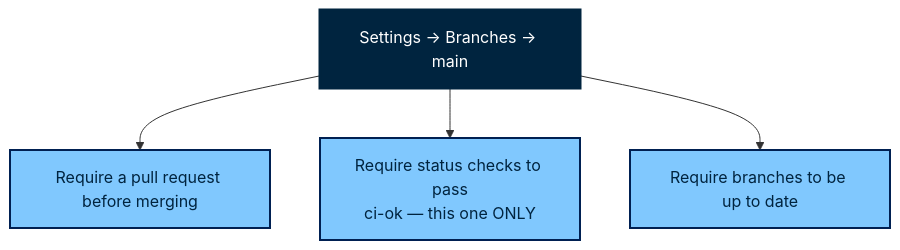
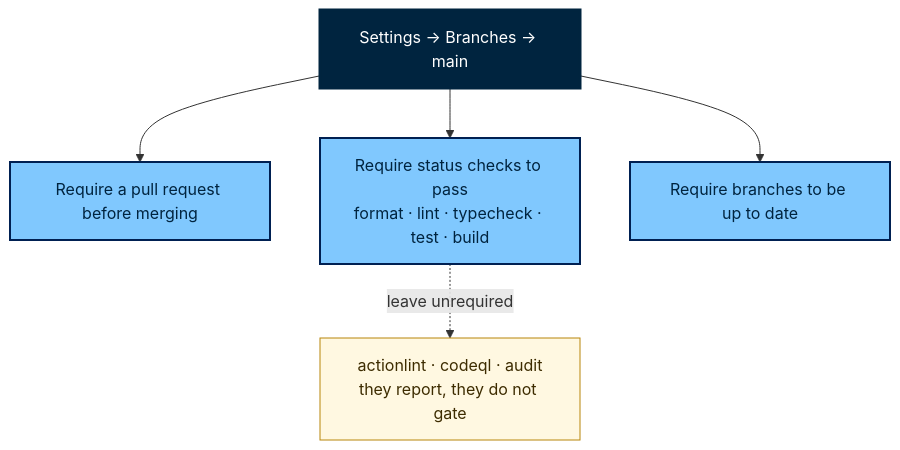
Before and after one commit to acmpsu/acm-website: diagram 11 of 11 in docs/ci-map.md, drawn with Mermaid. The commit also changed other lines of this file and 2 other files, not shown here.

````diff
--- a/docs/ci-map.md
+++ b/docs/ci-map.md
@@ -365,11 +342,14 @@
 ```mermaid
 flowchart TB
     S["Settings → Branches → main"] --> R1["Require a pull request before merging"]
-    S --> R2["Require status checks to pass<br/>ci-ok — this one ONLY"]
+    S --> R2["Require status checks to pass<br/>format · lint · typecheck · test · build"]
     S --> R3["Require branches to be up to date"]
+    R2 -.->|"leave unrequired"| U["actionlint · codeql · audit<br/>they report, they do not gate"]
 
     classDef hdr fill:#00243f,stroke:#00243f,stroke-width:3px,color:#ffffff
     classDef rule fill:#80c8fe,stroke:#002052,stroke-width:2px,color:#00243f
+    classDef note fill:#fff8e1,stroke:#b8860b,stroke-width:1px,color:#3d2c00
     class S hdr
     class R1,R2,R3 rule
+    class U note
 ```
````
